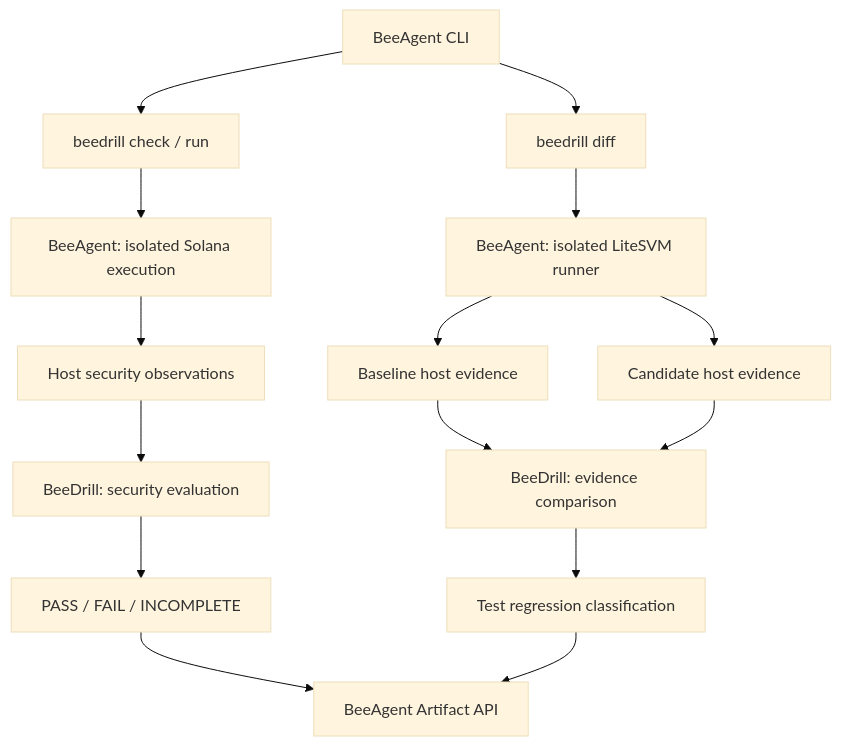
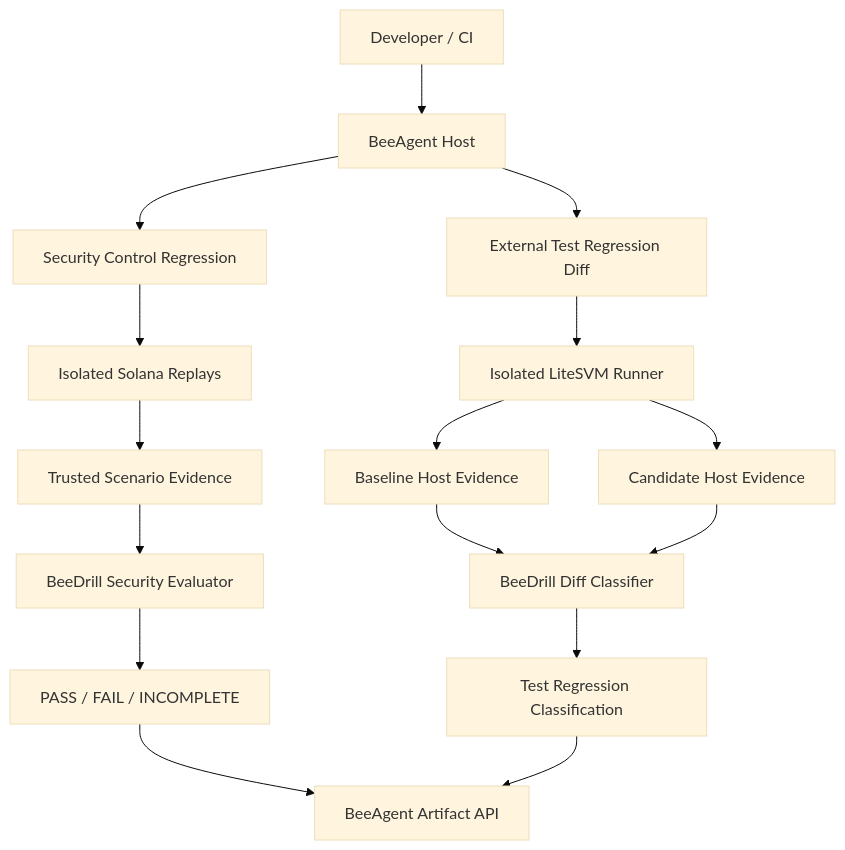
One commit to beesyst/beedrill changed the diagram in README.md. Above: the diagram before and after it, drawn with Mermaid (base theme). The commit also changed other lines of this file, not shown here.

````diff
--- a/README.md
+++ b/README.md
@@ -392,22 +513,24 @@
 ```mermaid
 flowchart TD
-    CLI["BeeAgent CLI"]
+    DEV["Developer / CI"]
+    HOST["BeeAgent Host"]
 
-    CLI --> CHECK["beedrill check / run"]
-    CLI --> DIFF["beedrill diff"]
+    DEV --> HOST
+    HOST --> CHECK["Security Control Regression"]
+    HOST --> DIFF["External Test Regression Diff"]
 
-    CHECK --> SOL["BeeAgent: isolated Solana execution"]
-    SOL --> OBS["Host security observations"]
-    OBS --> EVAL["BeeDrill: security evaluation"]
+    CHECK --> SOL["Isolated Solana Replays"]
+    SOL --> OBS["Trusted Scenario Evidence"]
+    OBS --> EVAL["BeeDrill Security Evaluator"]
     EVAL --> VERDICT["PASS / FAIL / INCOMPLETE"]
 
-    DIFF --> RUNNER["BeeAgent: isolated LiteSVM runner"]
-    RUNNER --> BE["Baseline host evidence"]
-    RUNNER --> CE["Candidate host evidence"]
-    BE --> COMPARE["BeeDrill: evidence comparison"]
-    CE --> COMPARE
-    COMPARE --> CLASS["Test regression classification"]
+    DIFF --> RUNNER["Isolated LiteSVM Runner"]
+    RUNNER --> BASE["Baseline Host Evidence"]
+    RUNNER --> CAND["Candidate Host Evidence"]
+    BASE --> CLASS["BeeDrill Diff Classifier"]
+    CAND --> CLASS
+    CLASS --> RESULT["Test Regression Classification"]
 
-    VERDICT --> ARTIFACT["BeeAgent Artifact API"]
-    CLASS --> ARTIFACT
+    VERDICT --> ART["BeeAgent Artifact API"]
+    RESULT --> ART
 ```
````
